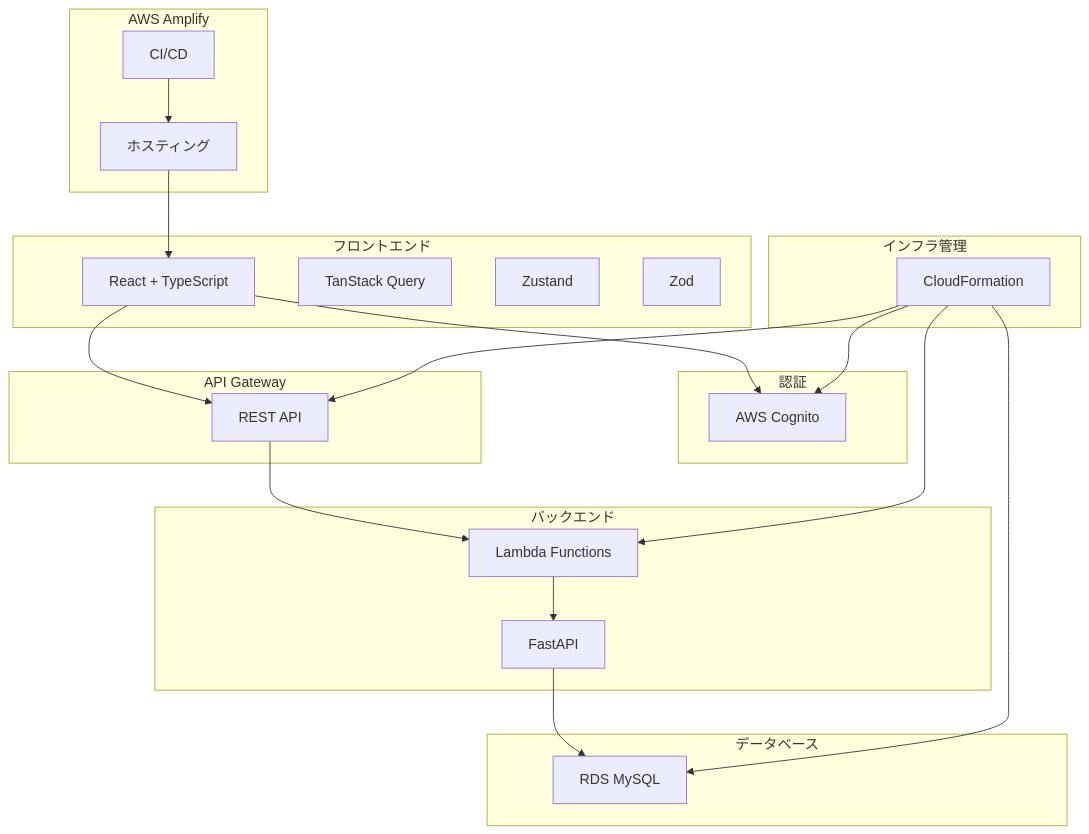
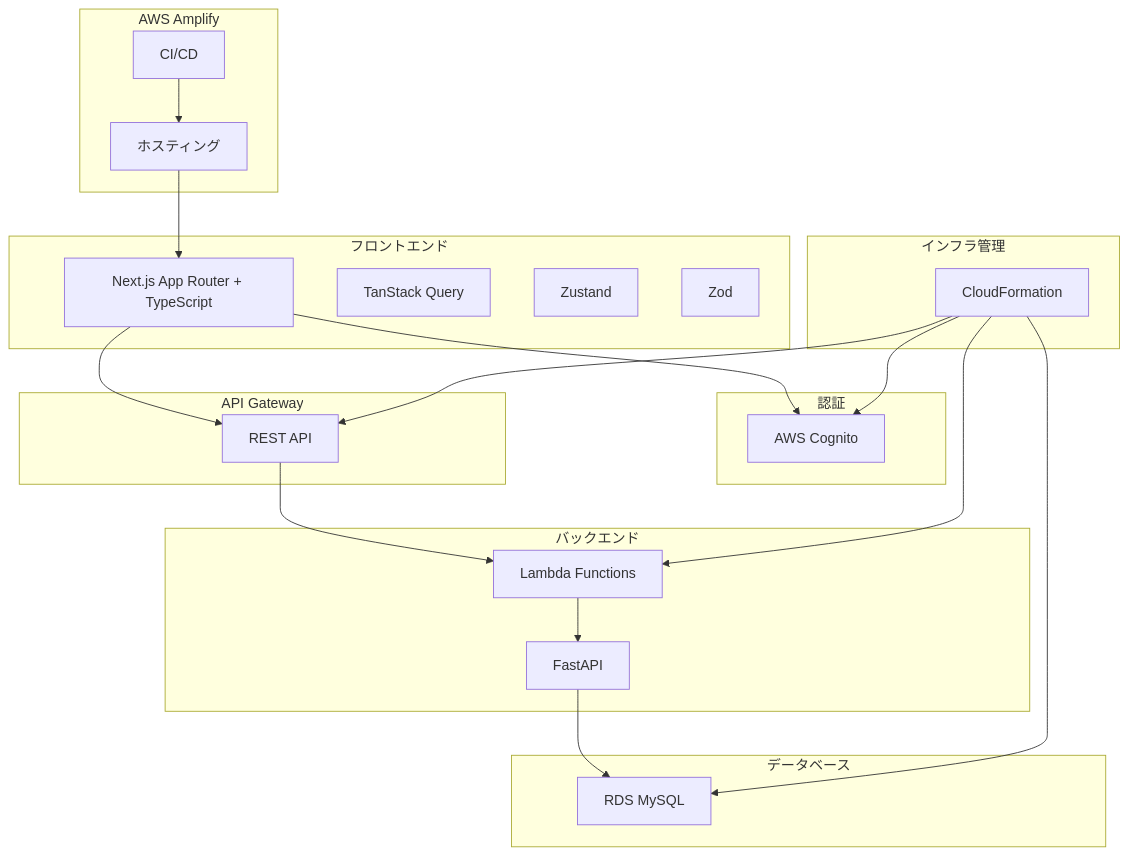
One commit to morikawa-unity/curriculum changed the first of 3 diagrams in .kiro/specs/programming-learning-app/design.md. Above: the diagram before and after it, drawn with Mermaid. The commit also changed other lines of this file and 37 other files, not shown here.

````diff
--- a/.kiro/specs/programming-learning-app/design.md
+++ b/.kiro/specs/programming-learning-app/design.md
@@ -11,47 +11,47 @@
 ```mermaid
 graph TB
     subgraph "フロントエンド"
-        A[React + TypeScript]
+        A[Next.js App Router + TypeScript]
         B[TanStack Query]
         C[Zustand]
         D[Zod]
     end
 
     subgraph "AWS Amplify"
         E[ホスティング]
         F[CI/CD]
     end
 
     subgraph "認証"
         G[AWS Cognito]
     end
 
     subgraph "API Gateway"
         H[REST API]
     end
 
     subgraph "バックエンド"
         I[Lambda Functions]
         J[FastAPI]
     end
 
     subgraph "データベース"
         K[RDS MySQL]
     end
 
     subgraph "インフラ管理"
         L[CloudFormation]
     end
 
     A --> G
     A --> H
     H --> I
     I --> J
     J --> K
     E --> A
     F --> E
     L --> G
     L --> H
     L --> I
     L --> K
 ```
````
